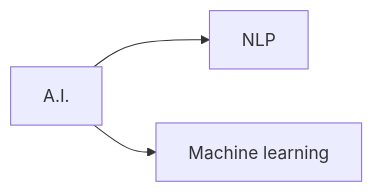
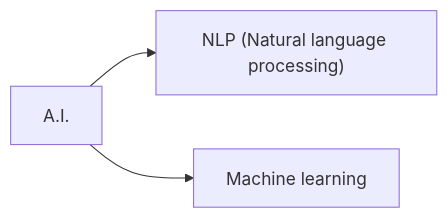
One commit to tienminhvy/ghnotes changed the second of 4 diagrams in _posts/2023-11-25-note-tri-tue-nhan-tao.md. Above: the diagram before and after it, drawn with Mermaid.

Commit message:
_posts/2023-11-25-note-tri-tue-nhan-tao.md updated from https://stackedit.io/

````diff
--- a/_posts/2023-11-25-note-tri-tue-nhan-tao.md
+++ b/_posts/2023-11-25-note-tri-tue-nhan-tao.md
@@ -41,8 +41,8 @@
 ```mermaid
 flowchart LR
 p1["A.I."]
-p2["NLP"]
+p2["NLP (Natural language processing)"]
 p3["Machine learning"]
 p1-->p2
 p1-->p3
 ```
````
